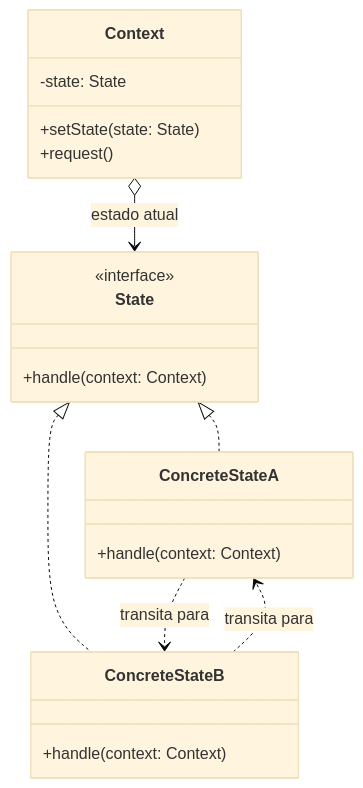
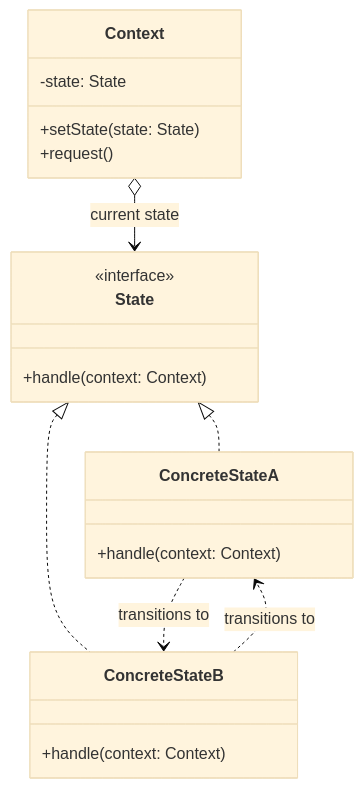
Before and after one commit to alancesar/design-patterns: the diagram in docs/coding/gof/behavioral/state.md, drawn with Mermaid (base theme). The commit also changed 258 other files, not shown here.

First line of the commit message:
Translate Mermaid diagrams to English

````diff
--- a/docs/coding/gof/behavioral/state.md
+++ b/docs/coding/gof/behavioral/state.md
@@ -58,23 +58,23 @@
 ```mermaid
 classDiagram
     class Context {
         -state: State
         +setState(state: State)
         +request()
     }
     class State {
         <<interface>>
         +handle(context: Context)
     }
     class ConcreteStateA {
         +handle(context: Context)
     }
     class ConcreteStateB {
         +handle(context: Context)
     }
-    Context o--> State : estado atual
+    Context o--> State : current state
     State <|.. ConcreteStateA
     State <|.. ConcreteStateB
-    ConcreteStateA ..> ConcreteStateB : transita para
-    ConcreteStateB ..> ConcreteStateA : transita para
+    ConcreteStateA ..> ConcreteStateB : transitions to
+    ConcreteStateB ..> ConcreteStateA : transitions to
 ```
````
